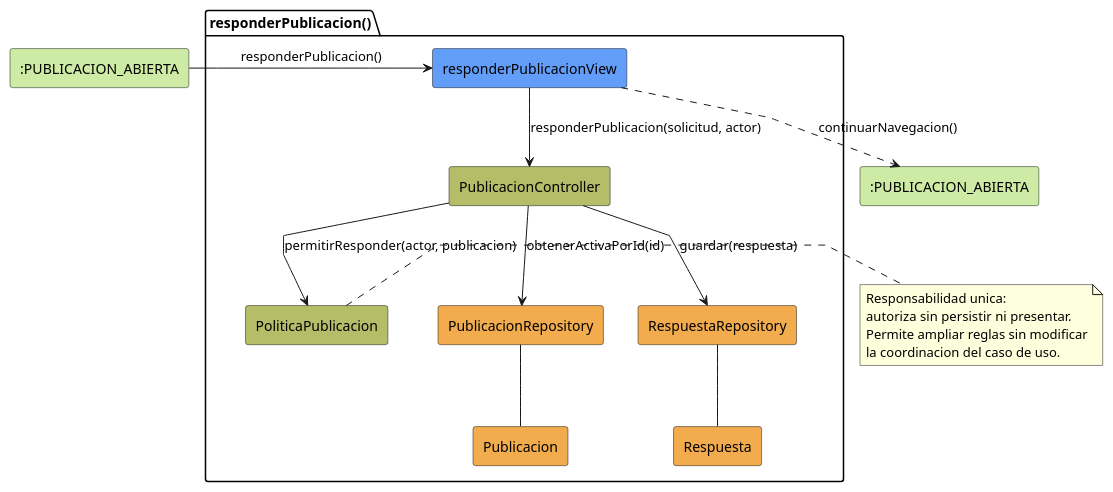
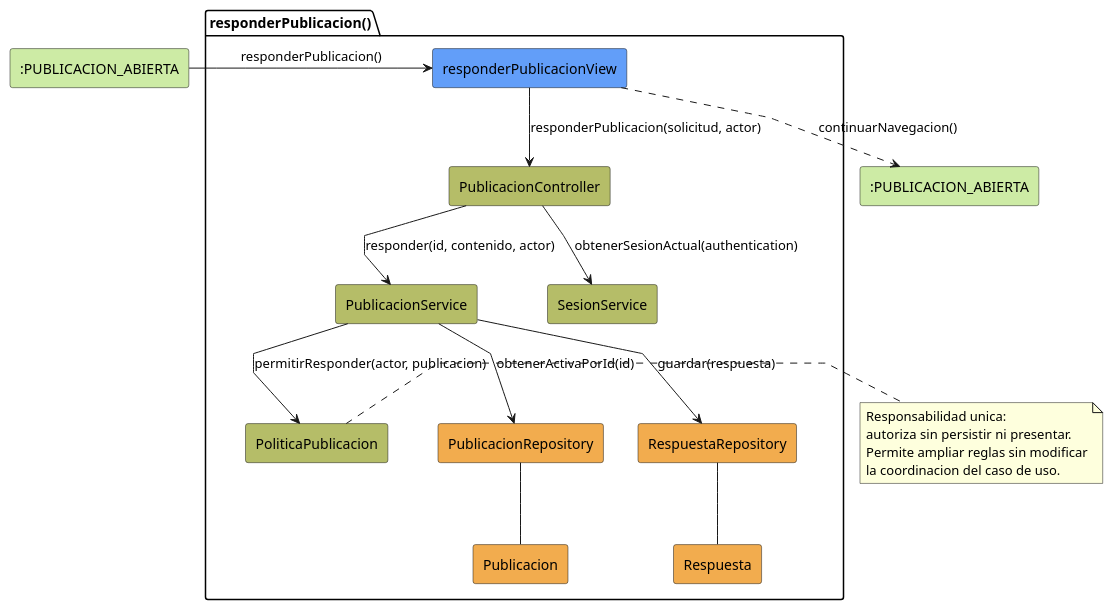
The diagram in RUP/01-analisis/casos-uso/coordinador/responderPublicacion/colaboracion.puml (beatriizorozco/25-26-idsw2-sdVC), drawn with PlantUML before and after one commit. The commit also changed 71 other files, not shown here.

```diff
--- a/RUP/01-analisis/casos-uso/coordinador/responderPublicacion/colaboracion.puml
+++ b/RUP/01-analisis/casos-uso/coordinador/responderPublicacion/colaboracion.puml
@@ -1,31 +1,35 @@
 @startuml responderPublicacion-coordinador-analisis
 skinparam linetype polyline
 
 rectangle #CDEBA5 ":PUBLICACION_ABIERTA" as EstadoEntrada
 package responderPublicacion as "responderPublicacion()" {
     rectangle #629EF9 "responderPublicacionView" as View
     rectangle #b5bd68 PublicacionController
+    rectangle #b5bd68 PublicacionService
+    rectangle #b5bd68 SesionService
     rectangle #b5bd68 PoliticaPublicacion
     rectangle #F2AC4E PublicacionRepository
     rectangle #F2AC4E Publicacion
     rectangle #F2AC4E RespuestaRepository
     rectangle #F2AC4E Respuesta
 }
 rectangle #CDEBA5 ":PUBLICACION_ABIERTA" as EstadoSalida
 
 EstadoEntrada -r-> View: responderPublicacion()
 View -d-> PublicacionController: responderPublicacion(solicitud, actor)
-PublicacionController --> PublicacionRepository: obtenerActivaPorId(id)
-PublicacionController --> PoliticaPublicacion: permitirResponder(actor, publicacion)
-PublicacionController --> RespuestaRepository: guardar(respuesta)
+PublicacionController --> PublicacionService: responder(id, contenido, actor)
+PublicacionController --> SesionService: obtenerSesionActual(authentication)
+PublicacionService --> PublicacionRepository: obtenerActivaPorId(id)
+PublicacionService --> PoliticaPublicacion: permitirResponder(actor, publicacion)
+PublicacionService --> RespuestaRepository: guardar(respuesta)
 PublicacionRepository -- Publicacion
 RespuestaRepository -- Respuesta
 View ..> EstadoSalida: continuarNavegacion()
 
 note right of PoliticaPublicacion
 Responsabilidad unica:
 autoriza sin persistir ni presentar.
 Permite ampliar reglas sin modificar
 la coordinacion del caso de uso.
 end note
 @enduml
```
